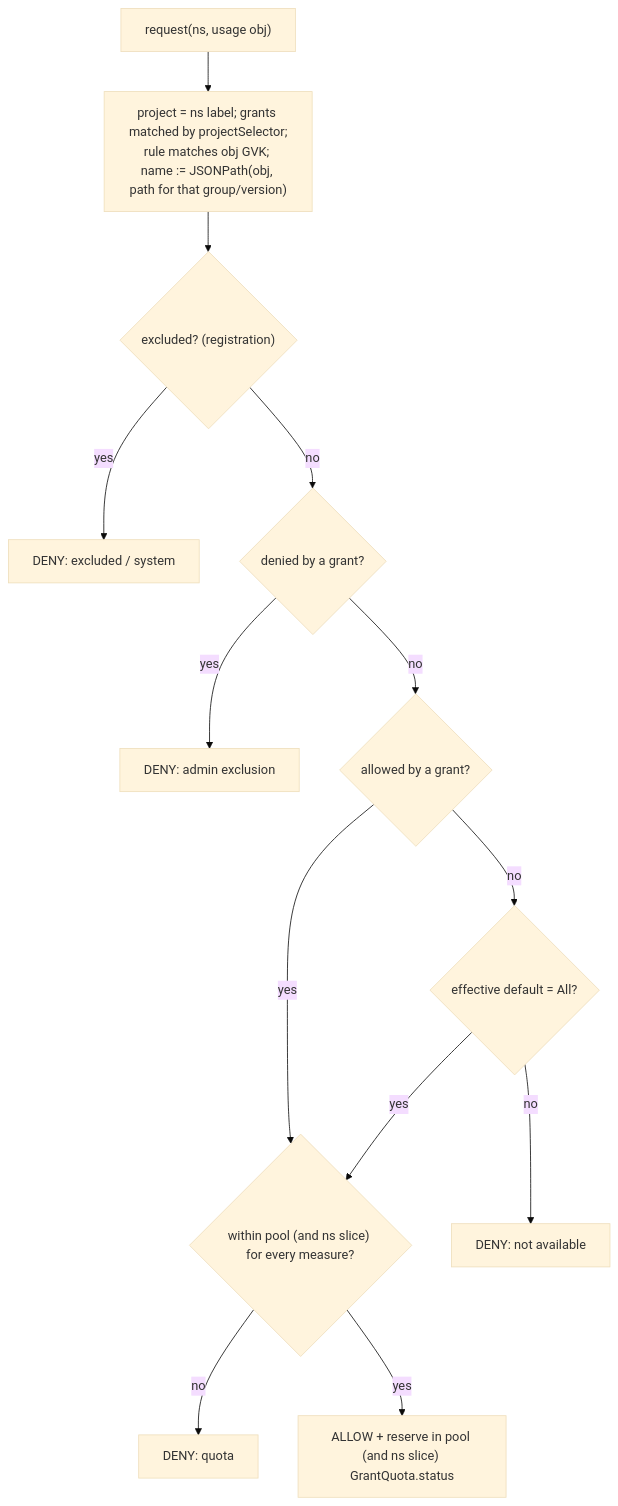
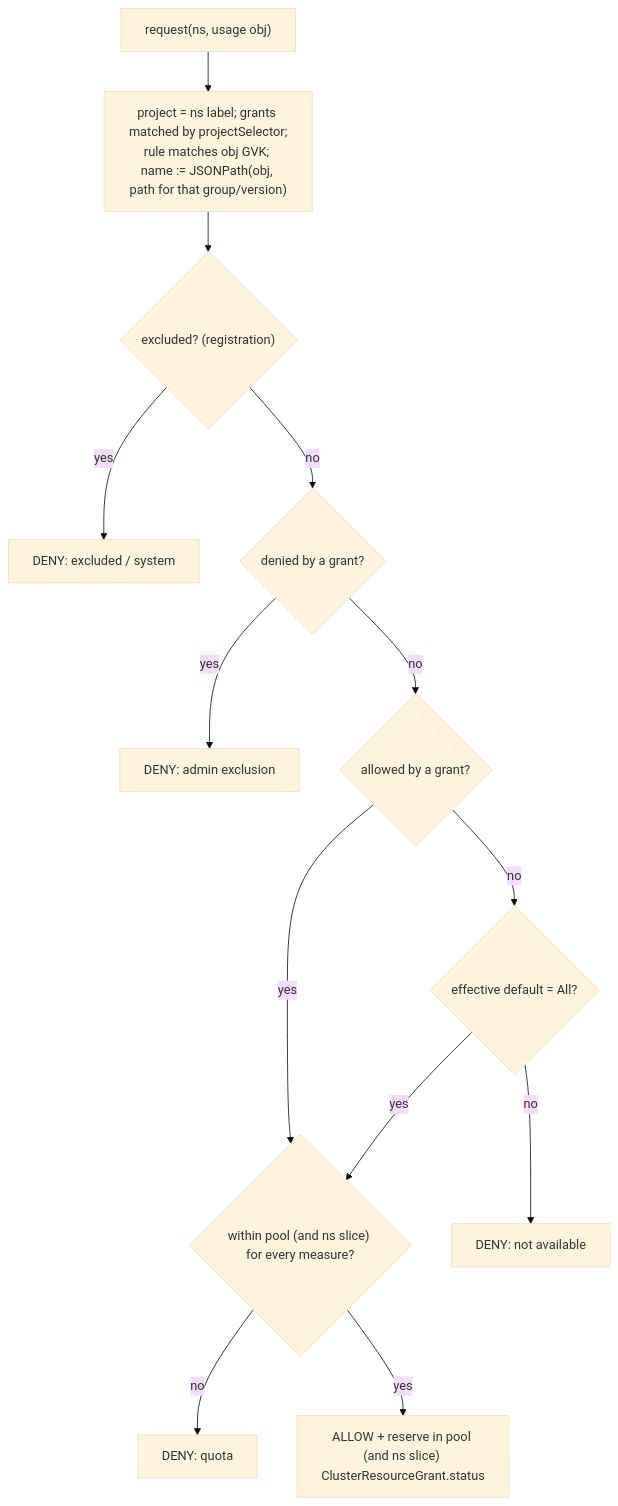
One commit to deckhouse/deckhouse changed the fourth of 4 diagrams in modules/160-multitenancy-manager/docs/internal/CLUSTER_OBJECT_GRANTS_DESIGN.md. Above: the diagram before and after it, drawn with Mermaid (base theme). The commit also changed other lines of this file and 45 other files, not shown here.

First line of the commit message:
[multitenancy-manager] rename CRDs to cluster-resource terminology

````diff
--- a/modules/160-multitenancy-manager/docs/internal/CLUSTER_OBJECT_GRANTS_DESIGN.md
+++ b/modules/160-multitenancy-manager/docs/internal/CLUSTER_OBJECT_GRANTS_DESIGN.md
@@ -392,15 +392,15 @@
 ```mermaid
 flowchart TB
   R["request(ns, usage obj)"] --> NAME["project = ns label; grants matched by projectSelector;<br/>rule matches obj GVK; name := JSONPath(obj, path for that group/version)"]
   NAME --> EXC{"excluded? (registration)"}
   EXC -- yes --> DENY0[DENY: excluded / system]
   EXC -- no --> DEN{"denied by a grant?"}
   DEN -- yes --> DENY1[DENY: admin exclusion]
   DEN -- no --> ALW{"allowed by a grant?"}
   ALW -- yes --> QUOTA{"within pool (and ns slice) for every measure?"}
   ALW -- no --> DEF{"effective default = All?"}
   DEF -- no --> DENY2[DENY: not available]
   DEF -- yes --> QUOTA
   QUOTA -- no --> DENY3[DENY: quota]
-  QUOTA -- yes --> ALLOW["ALLOW + reserve in pool (and ns slice) GrantQuota.status"]
+  QUOTA -- yes --> ALLOW["ALLOW + reserve in pool (and ns slice) ClusterResourceGrant.status"]
 ```
````
